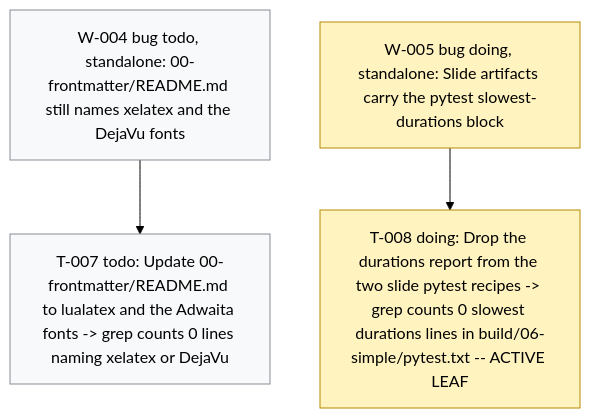
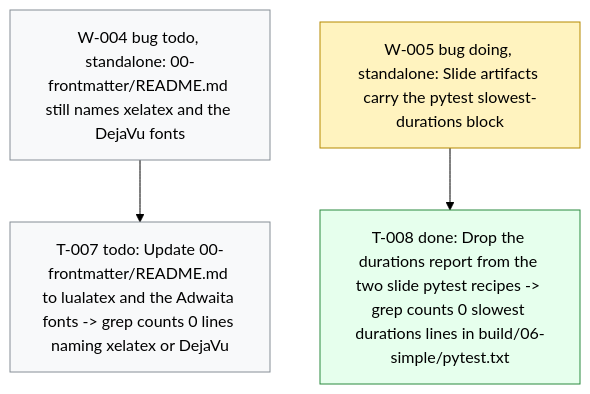
One commit to dpopchev/chaos-to-simple changed the diagram in .board/BOARD.md. Above: the diagram before and after it, drawn with Mermaid (forest theme). The commit also changed other lines of this file and 1 other file, not shown here.

Commit message:
chore(board): close T-008 -- W-005 ready to land
Refs: W-005 T-008

````diff
--- a/.board/BOARD.md
+++ b/.board/BOARD.md
@@ -36,14 +36,15 @@
 ```mermaid
 flowchart TD
   W004["W-004 bug todo, standalone: 00-frontmatter/README.md still names xelatex and the DejaVu fonts"]
   W004 --> T007["T-007 todo: Update 00-frontmatter/README.md to lualatex and the Adwaita fonts -> grep counts 0 lines naming xelatex or DejaVu"]
   W005["W-005 bug doing, standalone: Slide artifacts carry the pytest slowest-durations block"]
-  W005 --> T008["T-008 doing: Drop the durations report from the two slide pytest recipes -> grep counts 0 slowest durations lines in build/06-simple/pytest.txt -- ACTIVE LEAF"]
+  W005 --> T008["T-008 done: Drop the durations report from the two slide pytest recipes -> grep counts 0 slowest durations lines in build/06-simple/pytest.txt"]
   classDef doing fill:#fff3bf,stroke:#b58900,color:#000;
   classDef blocked fill:#ffe3e3,stroke:#c92a2a,color:#000;
   classDef done fill:#e6ffed,stroke:#2b8a3e,color:#000;
   classDef todo fill:#f8f9fa,stroke:#868e96,color:#000;
   classDef pruned fill:#f1f3f5,stroke:#adb5bd,color:#000;
-  class W005,T008 doing
+  class W005 doing
+  class T008 done
   class W004,T007 todo
 ```
````
